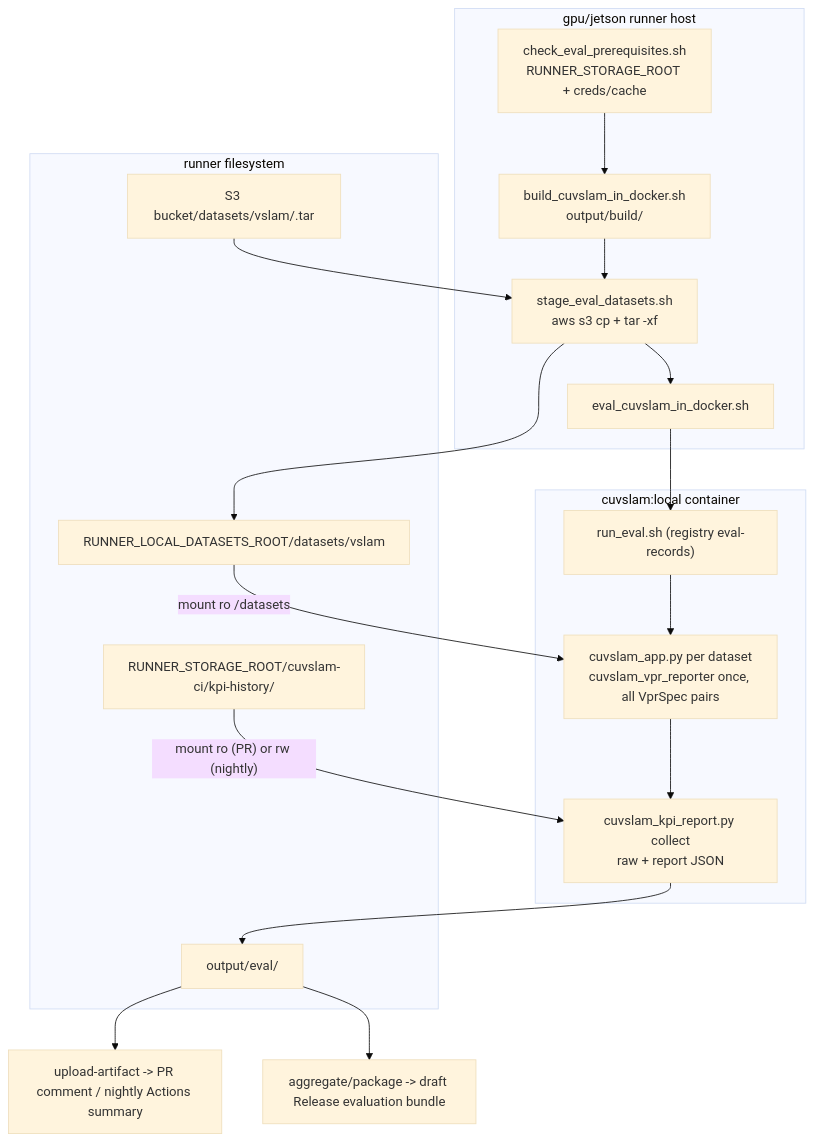
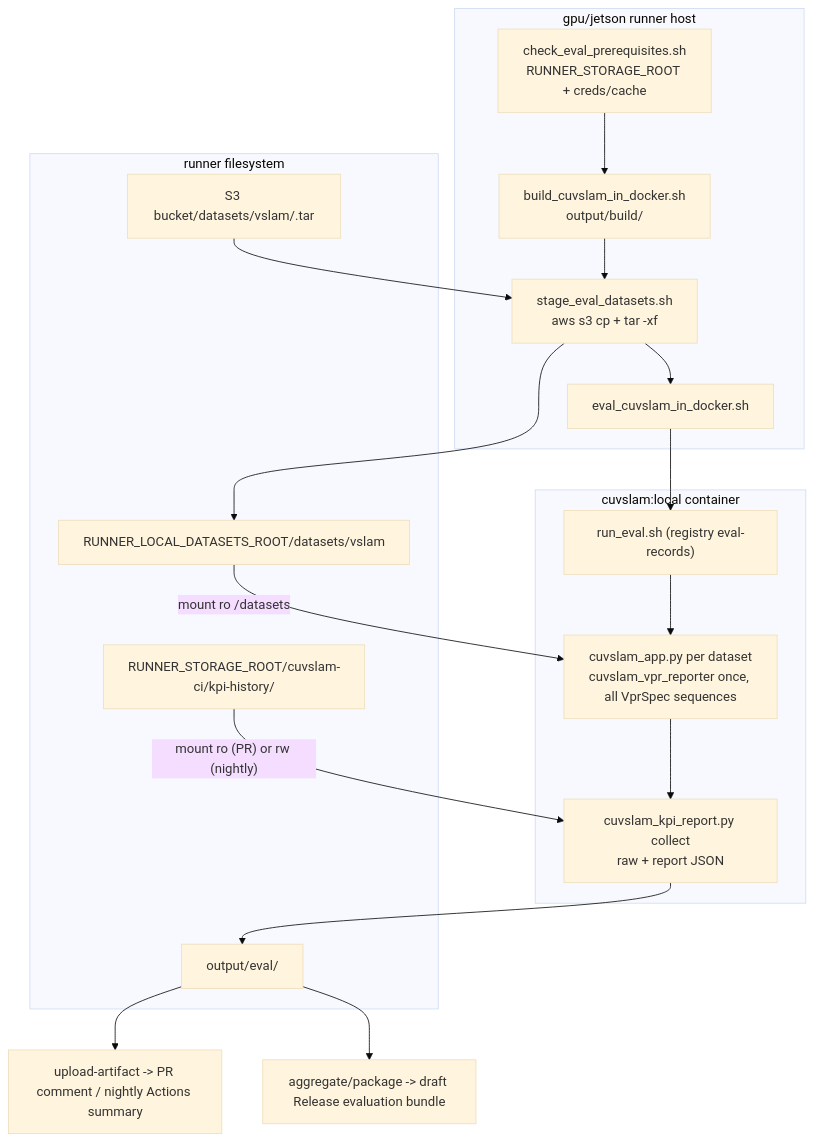
The diagram in cuvslam-skills/cuvslam-ci/reference.md (nvidia-isaac/cuVSLAM), drawn with Mermaid (base theme) before and after one commit. The commit also changed other lines of this file and 6 other files, not shown here.

````diff
--- a/cuvslam-skills/cuvslam-ci/reference.md
+++ b/cuvslam-skills/cuvslam-ci/reference.md
@@ -24,29 +24,29 @@
 ```mermaid
 flowchart TD
   subgraph host [gpu/jetson runner host]
     prereq["check_eval_prerequisites.sh\nRUNNER_STORAGE_ROOT + creds/cache"]
     build["build_cuvslam_in_docker.sh\noutput/build/"]
     stage["stage_eval_datasets.sh\naws s3 cp + tar -xf"]
     wrapper["eval_cuvslam_in_docker.sh"]
     prereq --> build --> stage --> wrapper
   end
   subgraph container [cuvslam:local container]
     inner["run_eval.sh (registry eval-records)"]
-    app["cuvslam_app.py per dataset\ncuvslam_vpr_reporter once, all VprSpec pairs"]
+    app["cuvslam_app.py per dataset\ncuvslam_vpr_reporter once, all VprSpec sequences"]
     kpi["cuvslam_kpi_report.py collect\nraw + report JSON"]
     inner --> app --> kpi
   end
   subgraph fs [runner filesystem]
     s3["S3 bucket/datasets/vslam/<name>.tar"]
     cache["RUNNER_LOCAL_DATASETS_ROOT/datasets/vslam"]
     history["RUNNER_STORAGE_ROOT/cuvslam-ci/kpi-history/<slug>"]
     out["output/eval/"]
   end
   s3 --> stage --> cache
   wrapper --> inner
   cache -->|"mount ro /datasets"| app
   history -->|"mount ro (PR) or rw (nightly)"| kpi
   kpi --> out
   out --> pub["upload-artifact -> PR comment / nightly Actions summary"]
   out --> release["aggregate/package -> draft Release evaluation bundle"]
 ```
````
